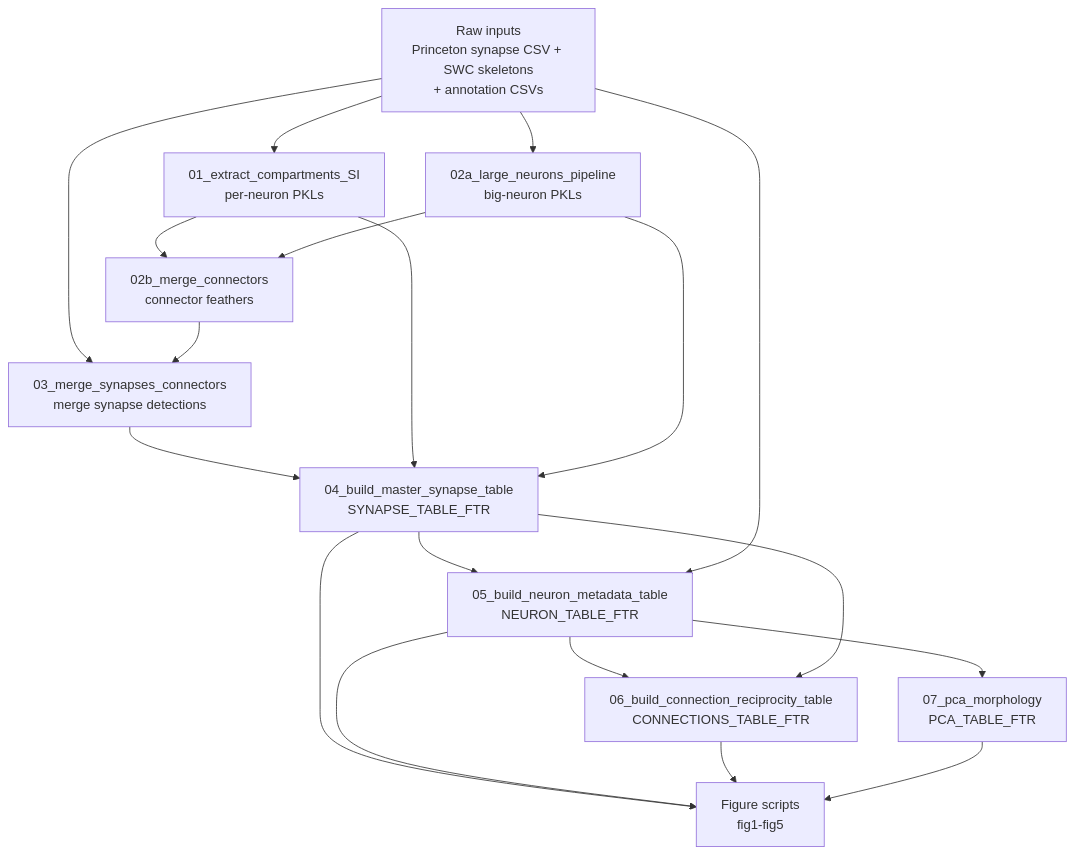
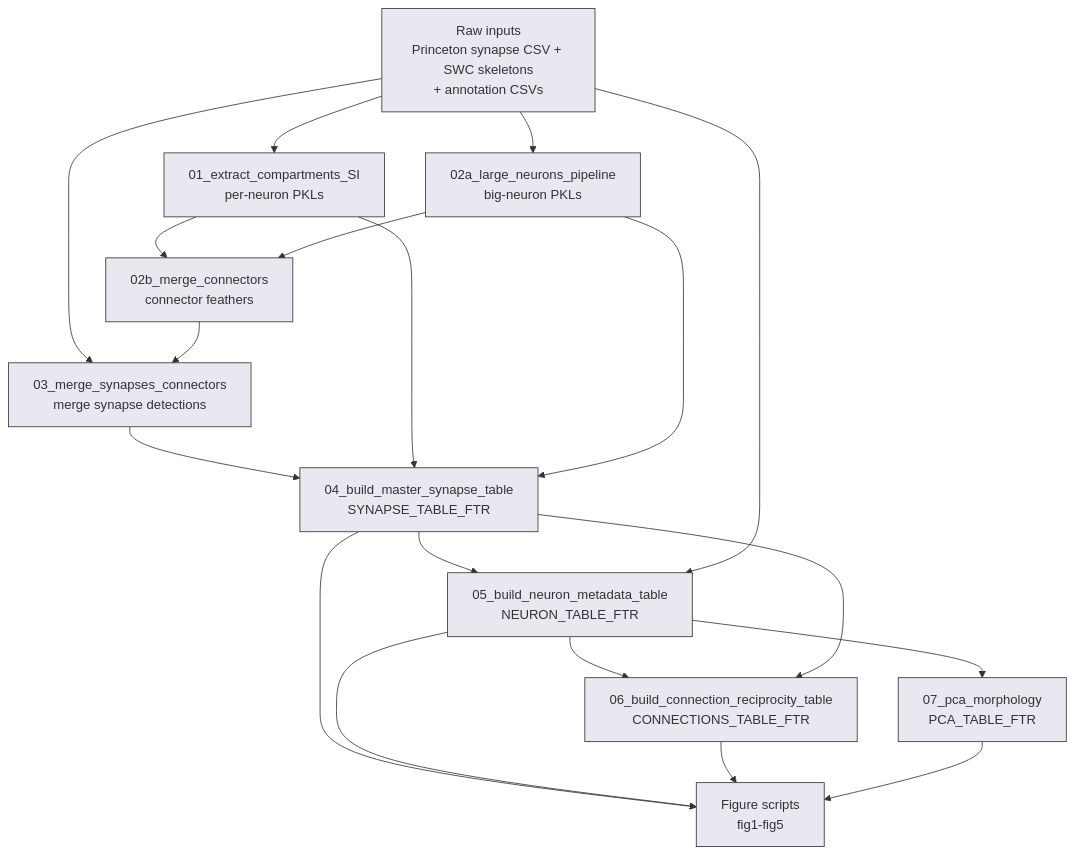
Before and after one commit to deutschlab/mixed-polarity-paper: the diagram in docs/pipeline_overview.md, drawn with Mermaid. The commit also changed other lines of this file, not shown here.

Commit message:
Set Mermaid diagram text to black; remove stale diagrams dir reference

````diff
--- a/docs/pipeline_overview.md
+++ b/docs/pipeline_overview.md
@@ -14,32 +14,33 @@
 ```mermaid
+%%{init: {'theme': 'default', 'themeVariables': {'nodeBorder': '#333', 'mainBkg': '#e8e8f0', 'nodeTextColor': '#000000'}}}%%
 flowchart TD
     RAW["Raw inputs\nPrinceton synapse CSV + SWC skeletons\n+ annotation CSVs"]
     S01["01_extract_compartments_SI\nper-neuron PKLs"]
     S02A["02a_large_neurons_pipeline\nbig-neuron PKLs"]
     S02B["02b_merge_connectors\nconnector feathers"]
     S03["03_merge_synapses_connectors\nmerge synapse detections"]
     S04["04_build_master_synapse_table\nSYNAPSE_TABLE_FTR"]
     S05["05_build_neuron_metadata_table\nNEURON_TABLE_FTR"]
     S06["06_build_connection_reciprocity_table\nCONNECTIONS_TABLE_FTR"]
     S07["07_pca_morphology\nPCA_TABLE_FTR"]
     FIGS["Figure scripts\nfig1-fig5"]
 
     RAW --> S01
     RAW --> S02A
     S01 --> S02B
     S02A --> S02B
     RAW --> S03
     S02B --> S03
     S03 --> S04
     S01 --> S04
     S02A --> S04
     S04 --> S05
     RAW --> S05
     S05 --> S06
     S04 --> S06
     S05 --> S07
     S04 --> FIGS
     S05 --> FIGS
     S06 --> FIGS
     S07 --> FIGS
 ```
````
